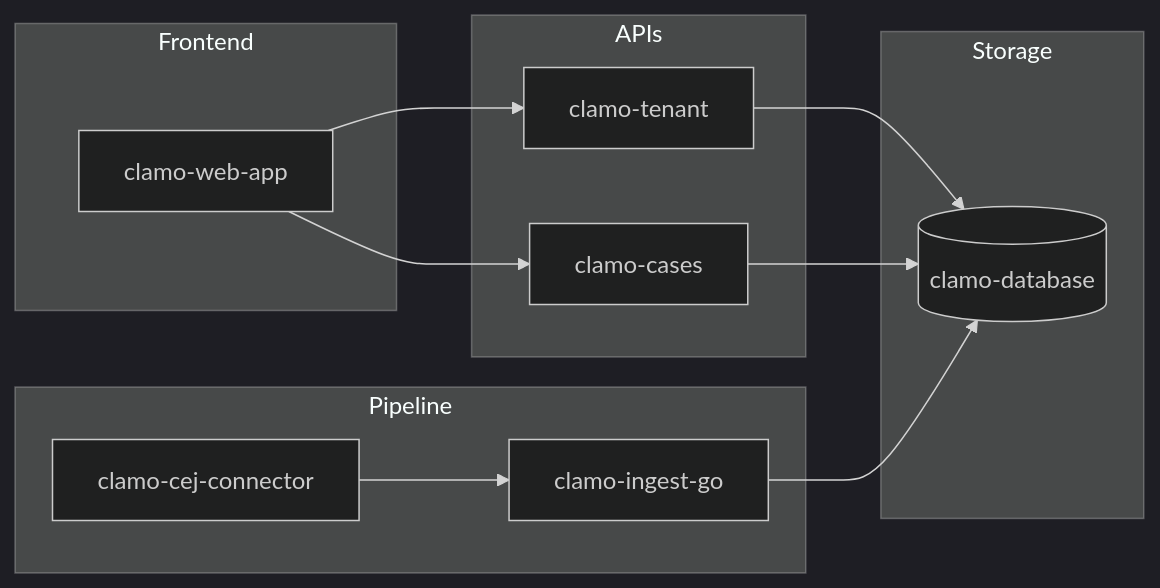
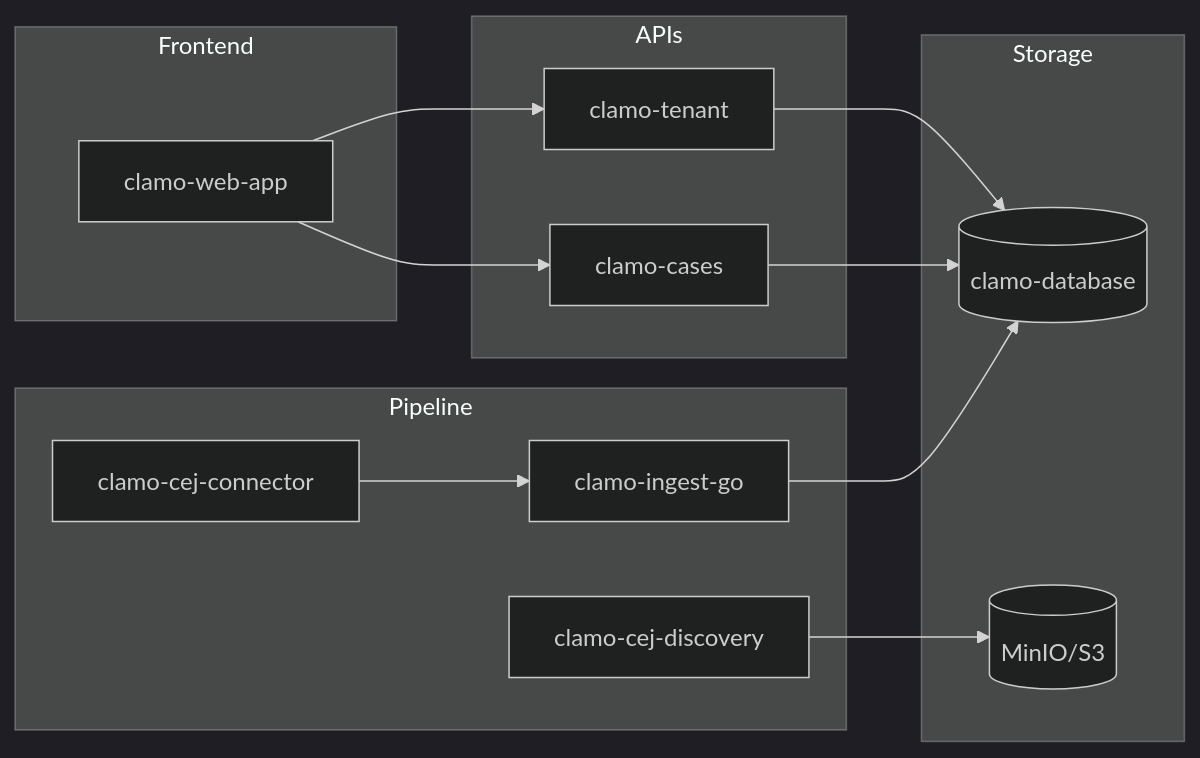
Before and after one commit to GetClamo/docs: the diagram in en/services/catalog.mdx, drawn with Mermaid (dark theme). The commit also changed other lines of this file and 28 other files, not shown here.

First line of the commit message:
docs: add clamo-cej-discovery, translate ES/EN branches, update catalogs

````diff
--- a/en/services/catalog.mdx
+++ b/en/services/catalog.mdx
@@ -174,27 +188,30 @@
 ```mermaid
 flowchart LR
     subgraph Frontend
         Web[clamo-web-app]
     end
     
     subgraph APIs
         Tenant[clamo-tenant]
         Cases[clamo-cases]
     end
     
     subgraph Pipeline
         CEJ[clamo-cej-connector]
+        Discovery[clamo-cej-discovery]
         Ingest[clamo-ingest-go]
     end
     
     subgraph Storage
         DB[(clamo-database)]
+        S3[(MinIO/S3)]
     end
     
     Web --> Tenant
     Web --> Cases
     Tenant --> DB
     Cases --> DB
     CEJ --> Ingest
+    Discovery --> S3
     Ingest --> DB
 ```
````
